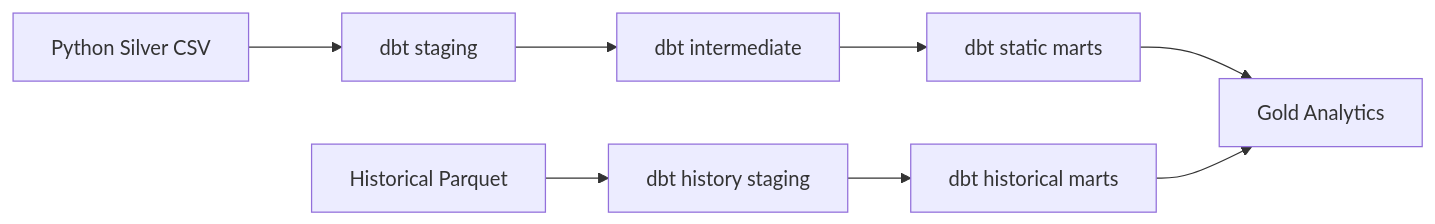
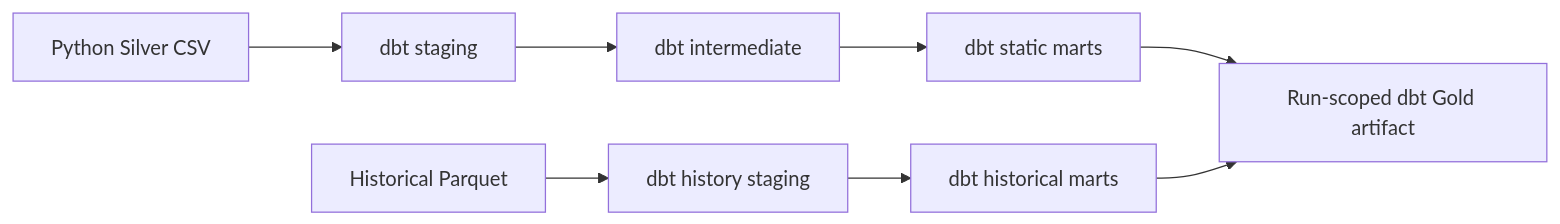
One commit to KYoussefAI/Mobility_Control_Tower changed the diagram in docs/dbt.md. Above: the diagram before and after it, drawn with Mermaid. The commit also changed other lines of this file and 206 other files, not shown here.

````diff
--- a/docs/dbt.md
+++ b/docs/dbt.md
@@ -33,10 +33,10 @@
 ```mermaid
 flowchart LR
     A[Python Silver CSV] --> B[dbt staging]
     B --> C[dbt intermediate]
     C --> D[dbt static marts]
     H[Historical Parquet] --> HS[dbt history staging]
     HS --> HM[dbt historical marts]
-    D --> G[Gold Analytics]
+    D --> G[Run-scoped dbt Gold artifact]
     HM --> G
 ```
````
